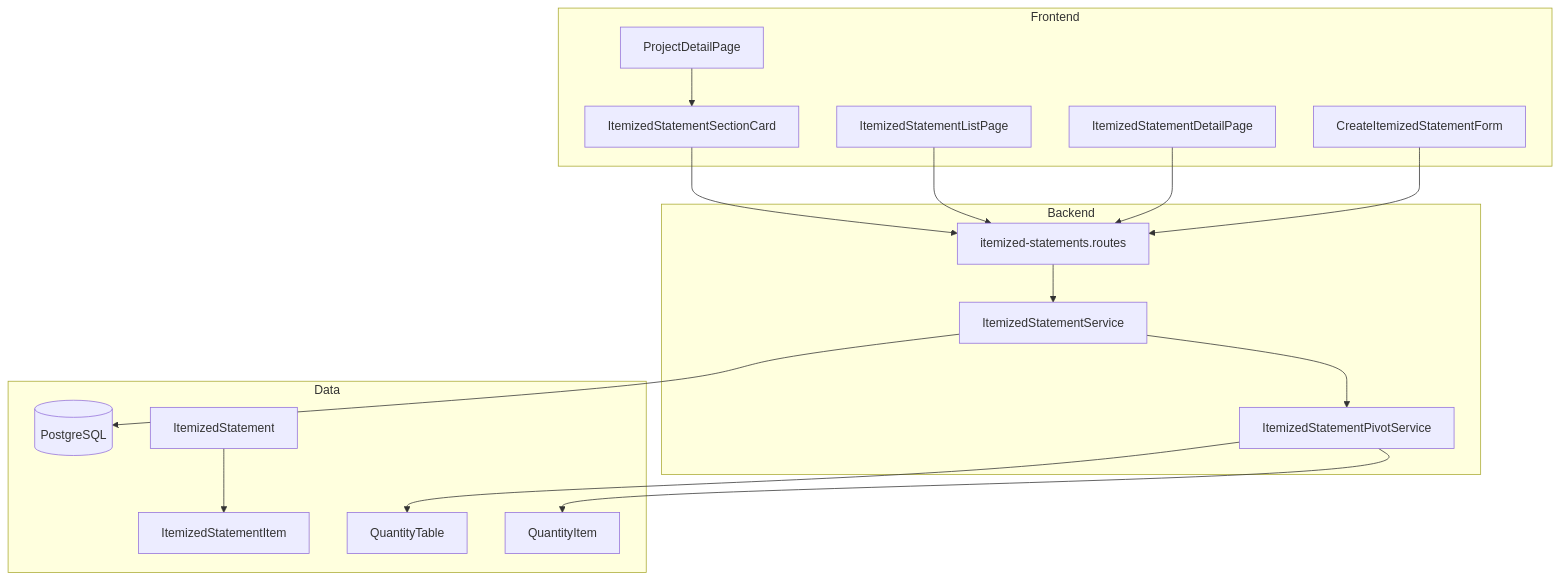
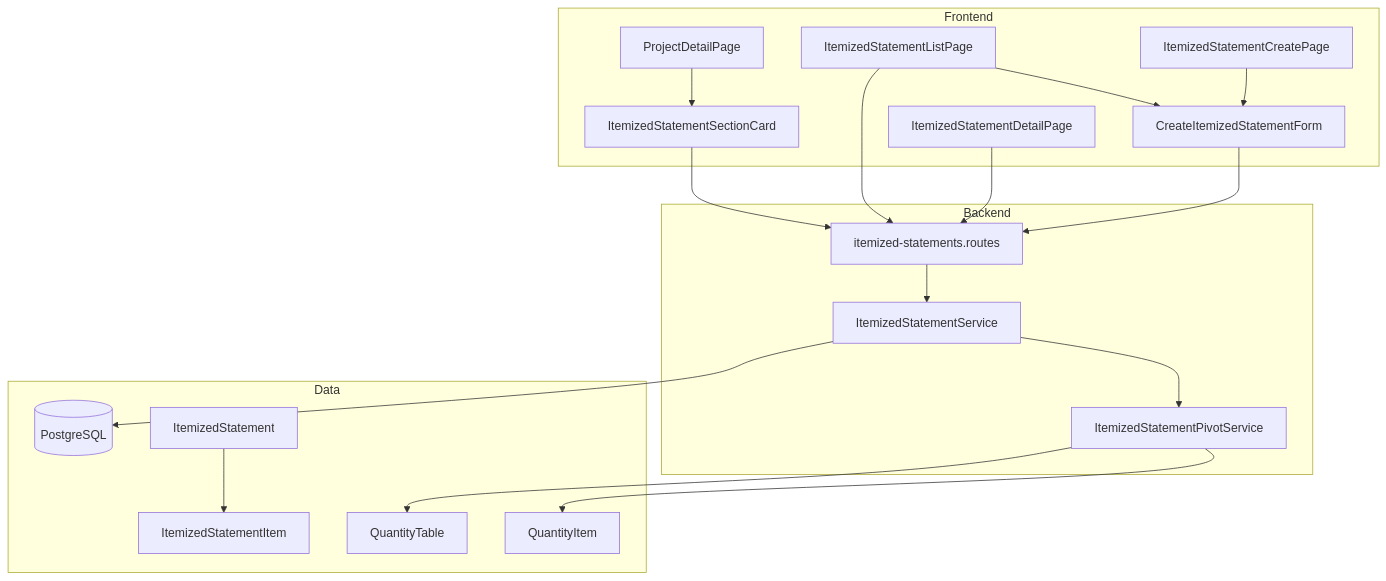
The first of 7 diagrams in .kiro/specs/itemized-statement-generation/design.md (inakanou/ArchiTrack), drawn with Mermaid before and after one commit. The commit also changed other lines of this file and 3 other files, not shown here.

````diff
--- a/.kiro/specs/itemized-statement-generation/design.md
+++ b/.kiro/specs/itemized-statement-generation/design.md
@@ -41,36 +43,39 @@
 ```mermaid
 graph TB
     subgraph Frontend
         PDP[ProjectDetailPage]
         ISC[ItemizedStatementSectionCard]
         ISL[ItemizedStatementListPage]
         ISD[ItemizedStatementDetailPage]
-        ISF[CreateItemizedStatementForm]
+        ISCP[ItemizedStatementCreatePage]
+        CISF[CreateItemizedStatementForm]
     end
 
     subgraph Backend
         ISR[itemized-statements.routes]
         ISS[ItemizedStatementService]
         ISP[ItemizedStatementPivotService]
     end
 
     subgraph Data
         DB[(PostgreSQL)]
         IS[ItemizedStatement]
         ISI[ItemizedStatementItem]
         QT[QuantityTable]
         QI[QuantityItem]
     end
 
     PDP --> ISC
     ISC --> ISR
     ISL --> ISR
+    ISL --> CISF
     ISD --> ISR
-    ISF --> ISR
+    ISCP --> CISF
+    CISF --> ISR
     ISR --> ISS
     ISS --> ISP
     ISS --> DB
     ISP --> QT
     ISP --> QI
     IS --> ISI
 ```
````
